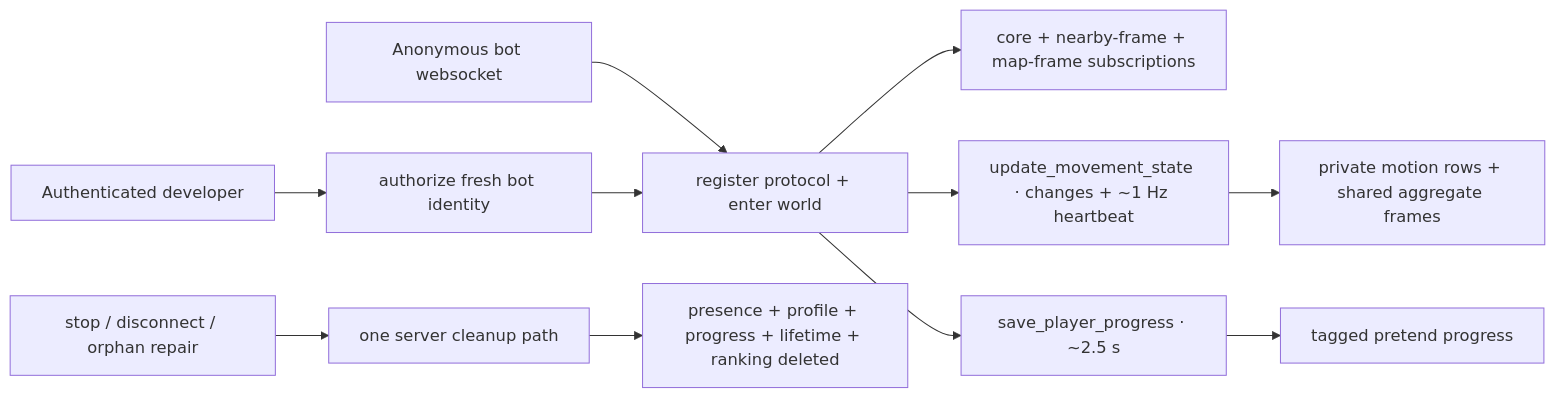
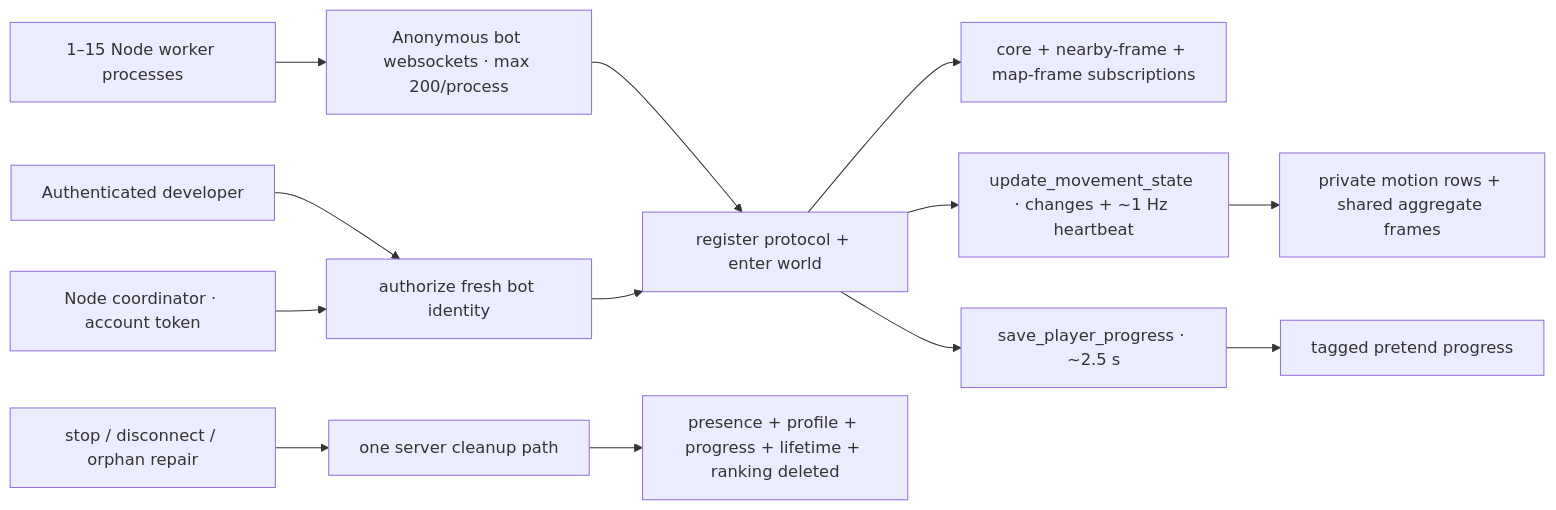
One commit to Tydoskus/wildwood changed the fourth of 4 diagrams in docs/realtime-data-flow.md. Above: the diagram before and after it, drawn with Mermaid. The commit also changed other lines of this file and 19 other files, not shown here.

````diff
--- a/docs/realtime-data-flow.md
+++ b/docs/realtime-data-flow.md
@@ -89,13 +89,15 @@
 ```mermaid
 flowchart LR
   Dev["Authenticated developer"] --> Authorize["authorize fresh bot identity"]
-  Browser["Anonymous bot websocket"] --> Protocol["register protocol + enter world"]
+  Coordinator["Node coordinator · account token"] --> Authorize
+  Workers["1–15 Node worker processes"] --> Browser["Anonymous bot websockets · max 200/process"]
+  Browser --> Protocol["register protocol + enter world"]
   Authorize --> Protocol
   Protocol --> Subs["core + nearby-frame + map-frame subscriptions"]
   Protocol --> Move["update_movement_state · changes + ~1 Hz heartbeat"]
   Protocol --> Save["save_player_progress · ~2.5 s"]
   Move --> Hot["private motion rows + shared aggregate frames"]
   Save --> Durable["tagged pretend progress"]
   Stop["stop / disconnect / orphan repair"] --> Cleanup["one server cleanup path"]
   Cleanup --> Erase["presence + profile + progress + lifetime + ranking deleted"]
 ```
````
